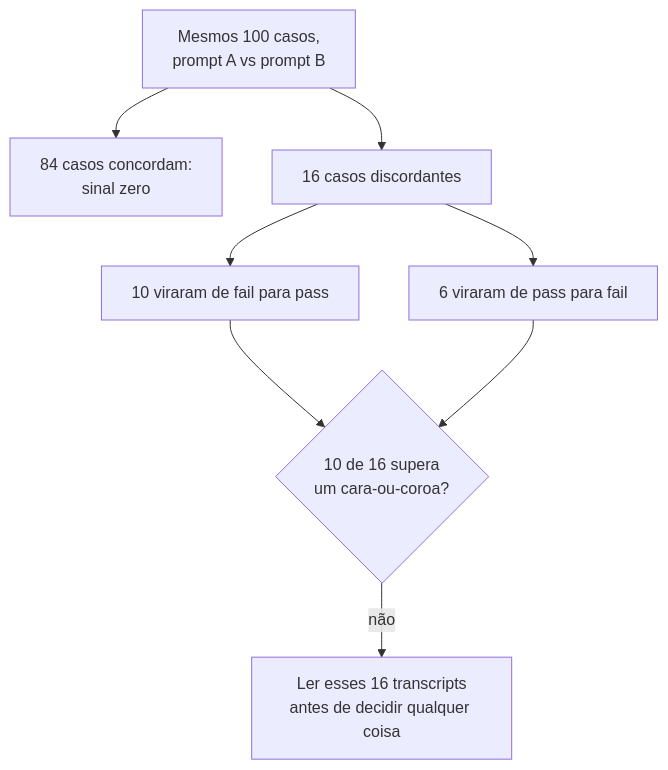
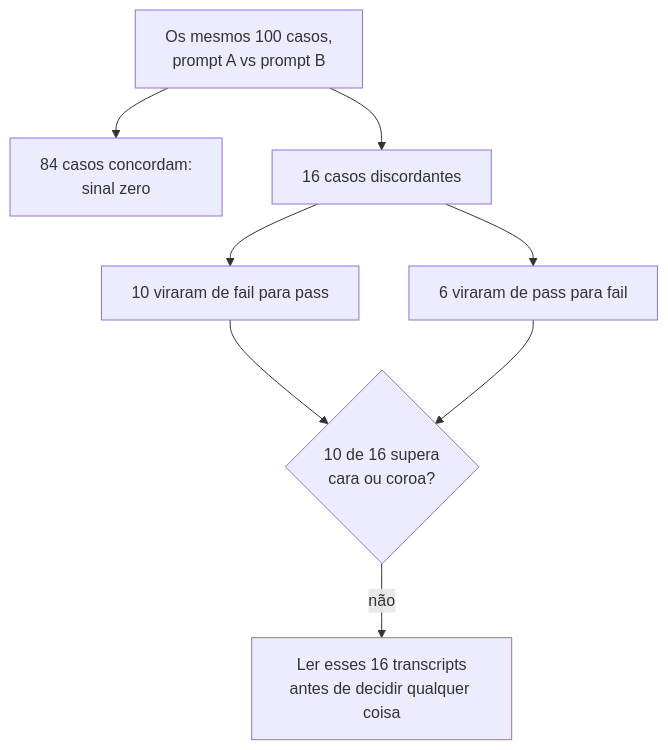
Diagram 19 of 28 in 07-evaluation-and-observability/questions.pt-BR.md (andrevberaldo/AI-Engineer-Interview-Questions), drawn with Mermaid before and after one commit. The commit also changed other lines of this file and 1 other file, not shown here.

````diff
--- a/07-evaluation-and-observability/questions.pt-BR.md
+++ b/07-evaluation-and-observability/questions.pt-BR.md
@@ -1074,10 +1074,10 @@
 ```mermaid
 flowchart TD
-    R["Mesmos 100 casos,<br/>prompt A vs prompt B"] --> D["84 casos concordam:<br/>sinal zero"]
+    R["Os mesmos 100 casos,<br/>prompt A vs prompt B"] --> D["84 casos concordam:<br/>sinal zero"]
     R --> F["16 casos discordantes"]
     F --> UP["10 viraram de fail para pass"]
     F --> DN["6 viraram de pass para fail"]
-    UP --> M{"10 de 16 supera<br/>um cara-ou-coroa?"}
+    UP --> M{"10 de 16 supera<br/>cara ou coroa?"}
     DN --> M
     M -->|"não"| RD["Ler esses 16 transcripts<br/>antes de decidir qualquer coisa"]
 ```
````
